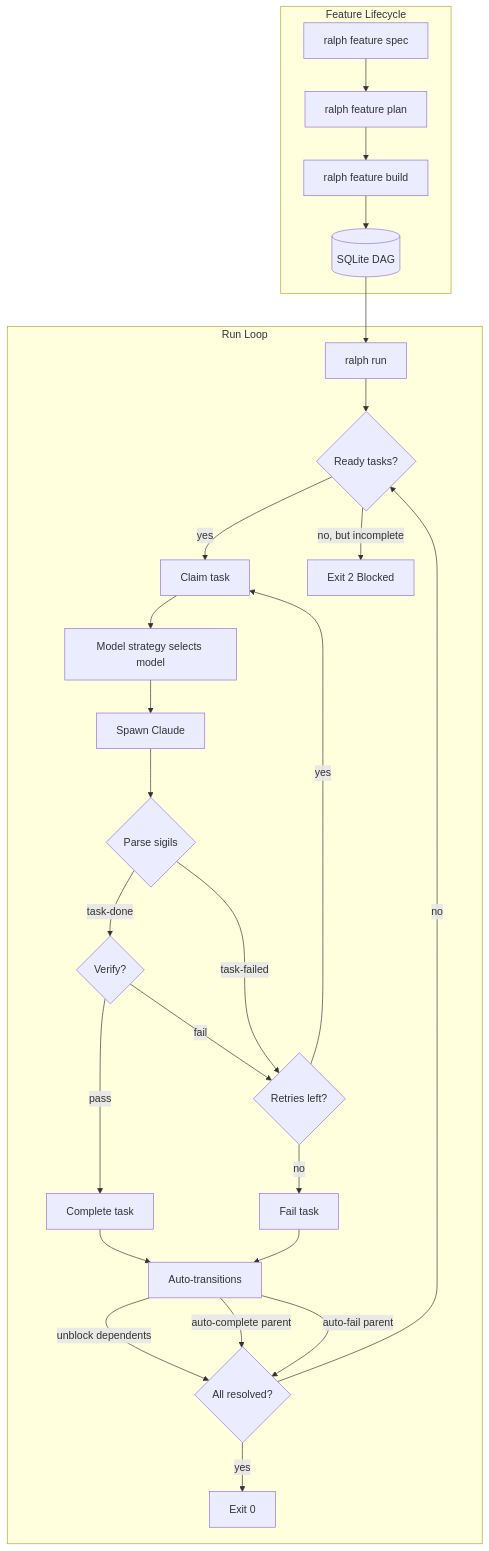
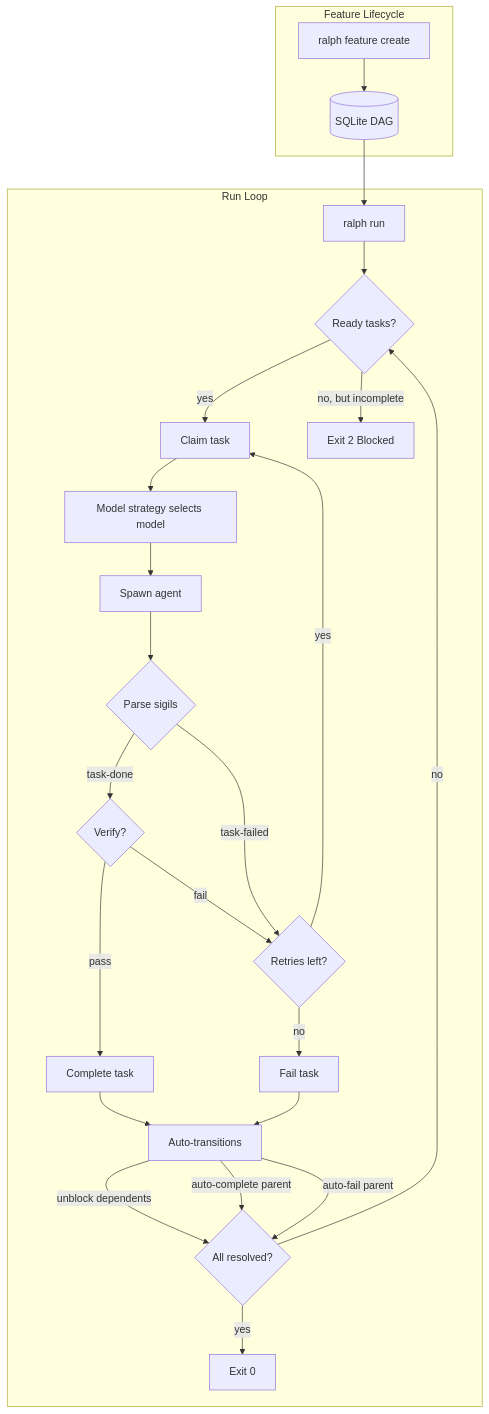
Before and after one commit to RefoundAI/ralph: the diagram in README.md, drawn with Mermaid. The commit also changed other lines of this file, not shown here.

````diff
--- a/README.md
+++ b/README.md
@@ -80,32 +78,30 @@
 ```mermaid
 flowchart TD
     subgraph "Feature Lifecycle"
-        spec[ralph feature spec] --> plan[ralph feature plan]
-        plan --> build[ralph feature build]
-        build --> dag[(SQLite DAG)]
+        create[ralph feature create] --> dag[(SQLite DAG)]
     end
 
     subgraph "Run Loop"
         run[ralph run] --> ready{Ready tasks?}
         ready -- yes --> claim[Claim task]
         claim --> model[Model strategy selects model]
-        model --> claude[Spawn Claude]
-        claude --> sigils{Parse sigils}
+        model --> agent[Spawn agent]
+        agent --> sigils{Parse sigils}
         sigils -- task-done --> verify{Verify?}
         sigils -- task-failed --> retry{Retries left?}
         verify -- pass --> done[Complete task]
         verify -- fail --> retry
         retry -- yes --> claim
         retry -- no --> fail[Fail task]
         done --> auto[Auto-transitions]
         fail --> auto
         auto -- unblock dependents --> resolved{All resolved?}
         auto -- auto-complete parent --> resolved
         auto -- auto-fail parent --> resolved
         resolved -- no --> ready
         resolved -- yes --> exit0[Exit 0]
         ready -- "no, but incomplete" --> exit2[Exit 2 Blocked]
     end
 
     dag --> run
 ```
````
